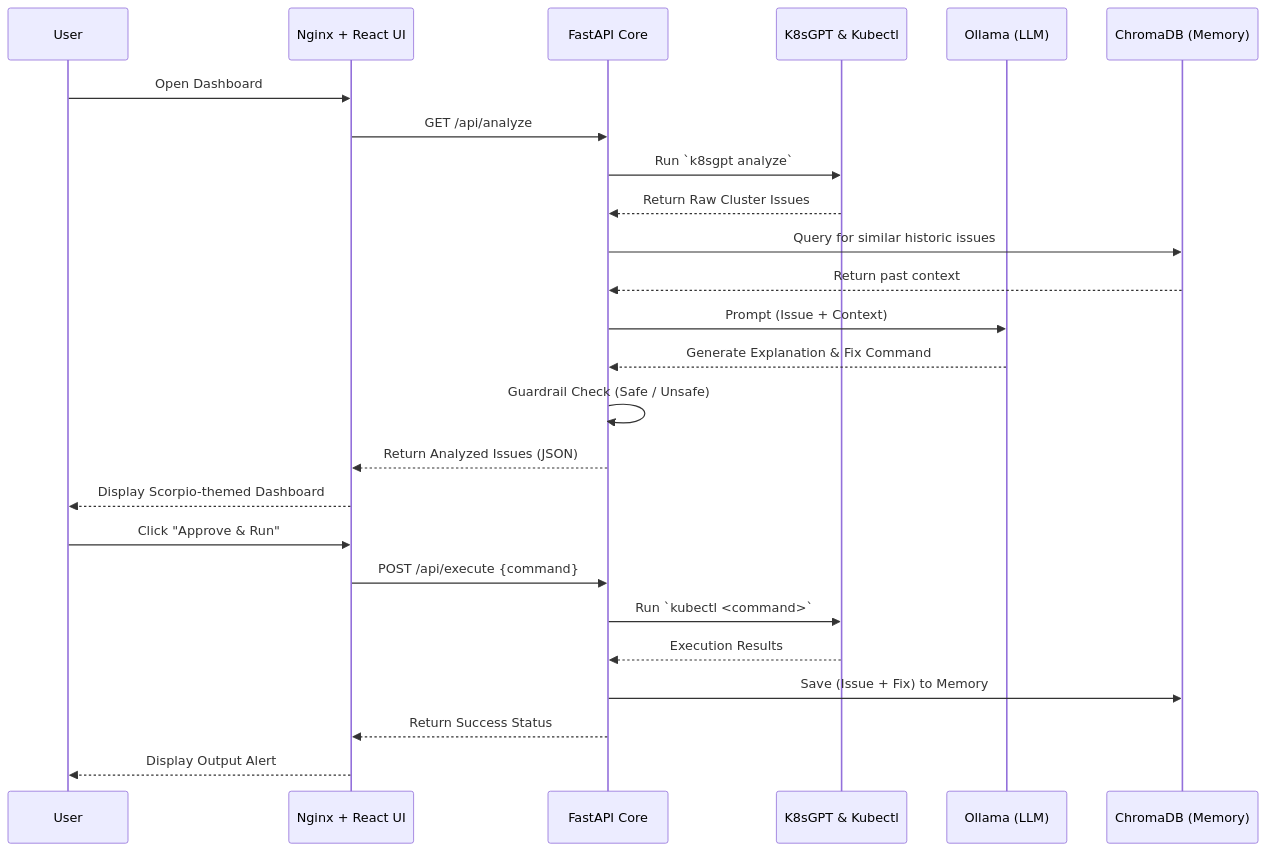
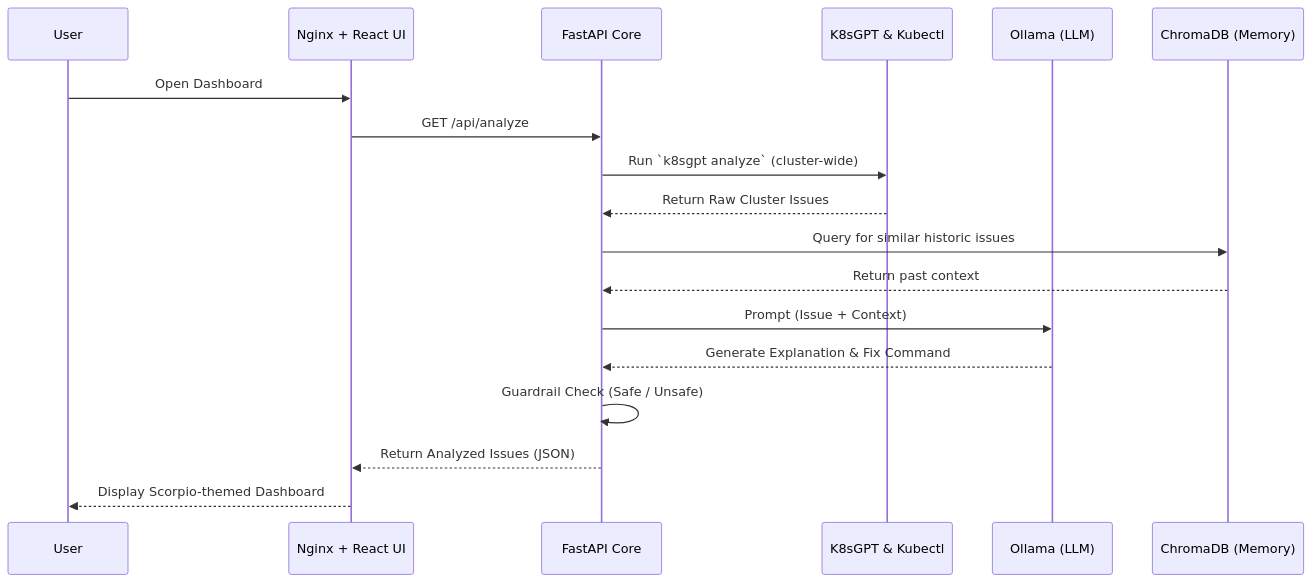
One commit to barbaria888/KubeOps-AI changed the first of 3 diagrams in ARCHITECTURE.md. Above: the diagram before and after it, drawn with Mermaid. The commit also changed other lines of this file and 4 other files, not shown here.

Commit message:
update docs for setup scenarios,webhook flow and frontend verification loop

````diff
--- a/ARCHITECTURE.md
+++ b/ARCHITECTURE.md
@@ -23,35 +26,26 @@
 ```mermaid
 sequenceDiagram
     participant User
     participant Frontend as Nginx + React UI
     participant Backend as FastAPI Core
     participant Tools as K8sGPT & Kubectl
     participant AI as Ollama (LLM)
     participant DB as ChromaDB (Memory)
 
     %% Flow: Fetching Issues
     User->>Frontend: Open Dashboard
     Frontend->>Backend: GET /api/analyze
-    Backend->>Tools: Run `k8sgpt analyze`
+    Backend->>Tools: Run `k8sgpt analyze` (cluster-wide)
     Tools-->>Backend: Return Raw Cluster Issues
     
     %% Flow: AI Reasoning
     Backend->>DB: Query for similar historic issues
     DB-->>Backend: Return past context
     Backend->>AI: Prompt (Issue + Context)
     AI-->>Backend: Generate Explanation & Fix Command
     
     %% Flow: Guardrail & UI Display
     Backend->>Backend: Guardrail Check (Safe / Unsafe)
     Backend-->>Frontend: Return Analyzed Issues (JSON)
     Frontend-->>User: Display Scorpio-themed Dashboard
-
-    %% Flow: Execution
-    User->>Frontend: Click "Approve & Run"
-    Frontend->>Backend: POST /api/execute {command}
-    Backend->>Tools: Run `kubectl <command>`
-    Tools-->>Backend: Execution Results
-    Backend->>DB: Save (Issue + Fix) to Memory
-    Backend-->>Frontend: Return Success Status
-    Frontend-->>User: Display Output Alert
 ```
````
